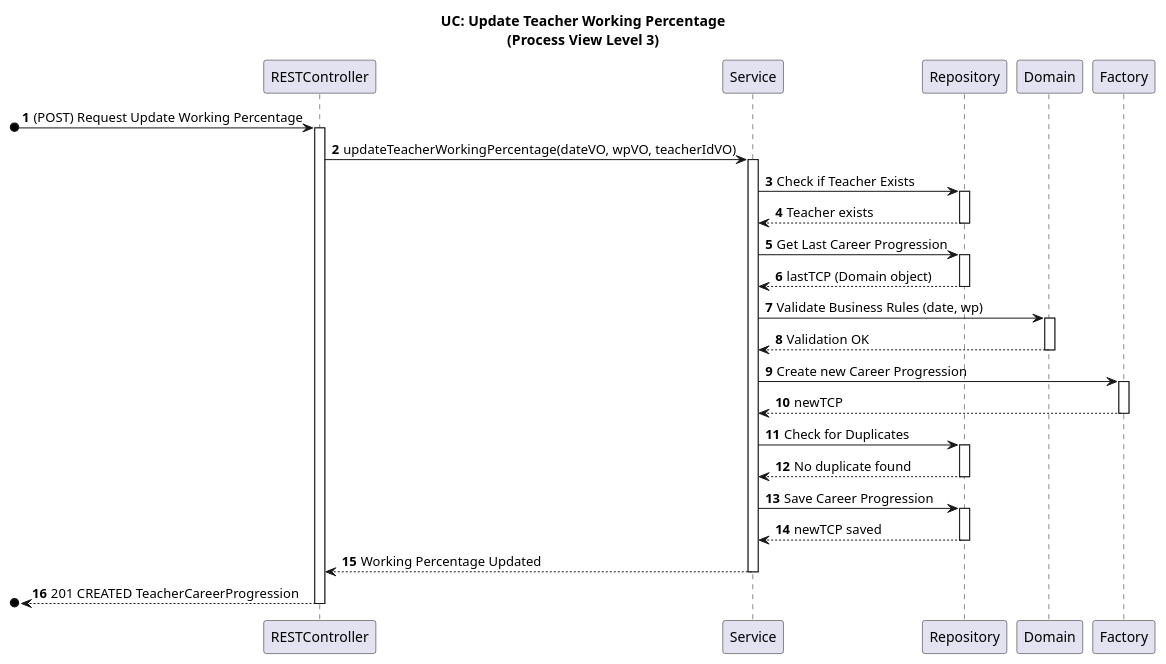
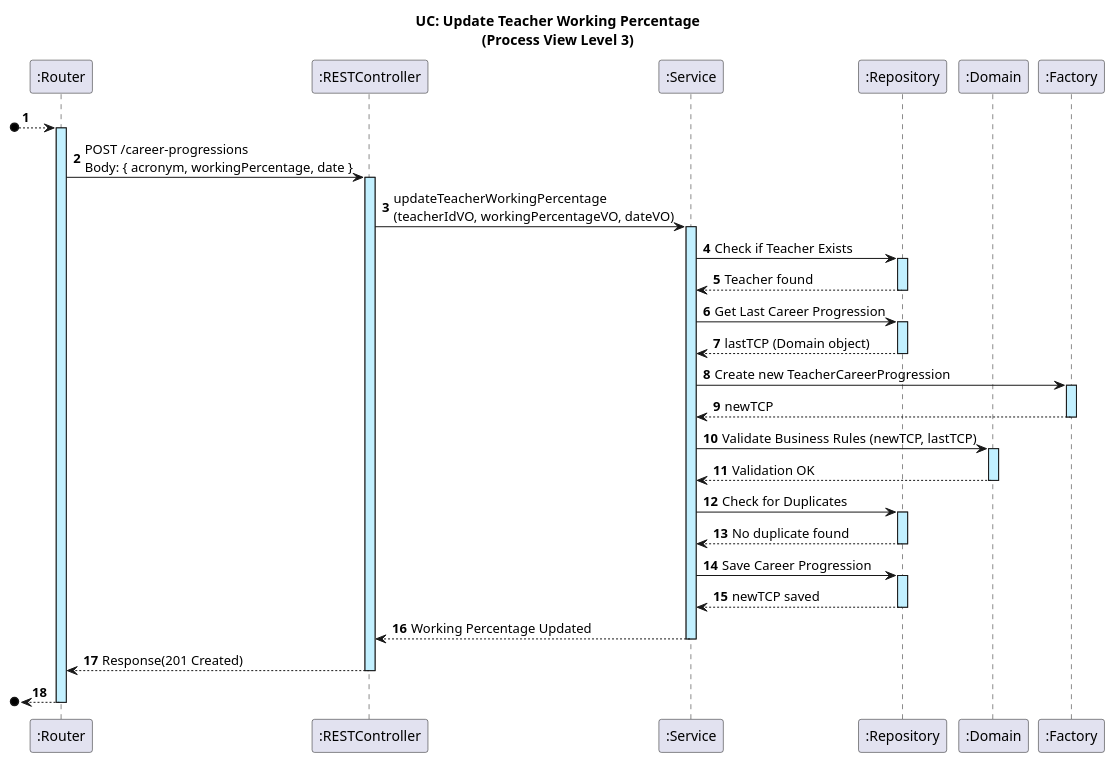
Before and after one commit to GasparISEP/DevOps-PAI: the diagram in docs/US15/Sprint6/ProcessView/Level3.puml, drawn with PlantUML. The commit also changed 2 other files, not shown here.

Commit message:
Refactor Process View Diagrams for Teacher´s WorkingPercentage. Related #645

```diff
--- a/docs/US15/Sprint6/ProcessView/Level3.puml
+++ b/docs/US15/Sprint6/ProcessView/Level3.puml
@@ -1,52 +1,59 @@
 @startuml
 
 title UC: Update Teacher Working Percentage\n(Process View Level 3)
 autonumber
 
-participant "RESTController" as RC
-participant "Service" as S
-participant "Repository" as R
-participant "Domain" as D
-participant "Factory" as F
+participant ":Router" as RT
+participant ":RESTController" as RC
+participant ":Service" as S
+participant ":Repository" as R
+participant ":Domain" as D
+participant ":Factory" as F
 
-[o-> RC: (POST) Request Update Working Percentage
-activate RC
-RC -> S: updateTeacherWorkingPercentage(dateVO, wpVO, teacherIdVO)
-activate S
+[o-->RT #application
+activate RT #application
+RT -> RC: POST /career-progressions\nBody: { acronym, workingPercentage, date }
+activate RC #application
+
+RC -> S: updateTeacherWorkingPercentage\n(teacherIdVO, workingPercentageVO, dateVO)
+activate S #application
 
 S -> R: Check if Teacher Exists
-activate R
-R --> S: Teacher exists
+activate R #application
+R --> S: Teacher found
 deactivate R
 
 S -> R: Get Last Career Progression
-activate R
+activate R #application
 R --> S: lastTCP (Domain object)
 deactivate R
 
-S -> D: Validate Business Rules (date, wp)
-activate D
+S -> F: Create new TeacherCareerProgression
+activate F #application
+F --> S: newTCP
+deactivate F
+
+S -> D: Validate Business Rules (newTCP, lastTCP)
+activate D #application
 D --> S: Validation OK
 deactivate D
 
-S -> F: Create new Career Progression
-activate F
-F --> S: newTCP
-deactivate F
-
 S -> R: Check for Duplicates
-activate R
+activate R #application
 R --> S: No duplicate found
 deactivate R
 
 S -> R: Save Career Progression
-activate R
+activate R #application
 R --> S: newTCP saved
 deactivate R
 
 S --> RC: Working Percentage Updated
 deactivate S
-[o<-- RC: 201 CREATED TeacherCareerProgression
+RC--> RT: Response(201 Created)
 deactivate RC
+[o<--RT #application
+deactivate R
+deactivate RT
 
 @enduml
```
